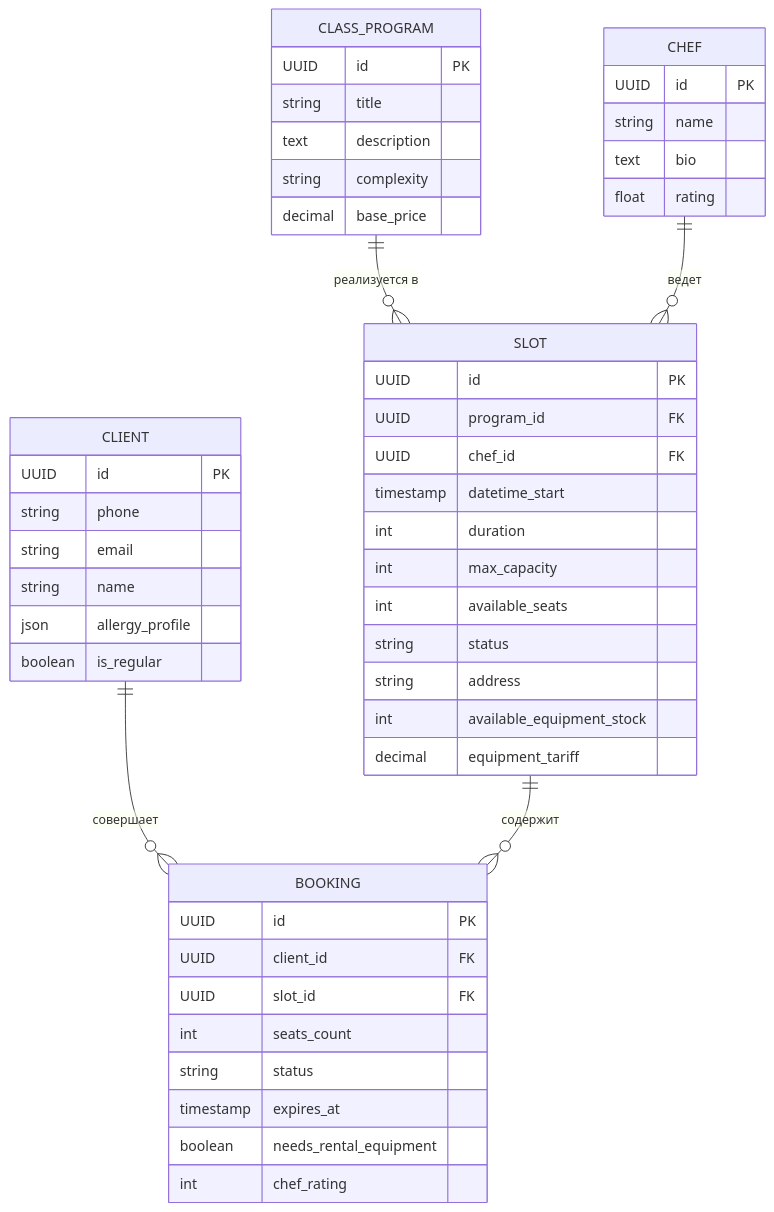
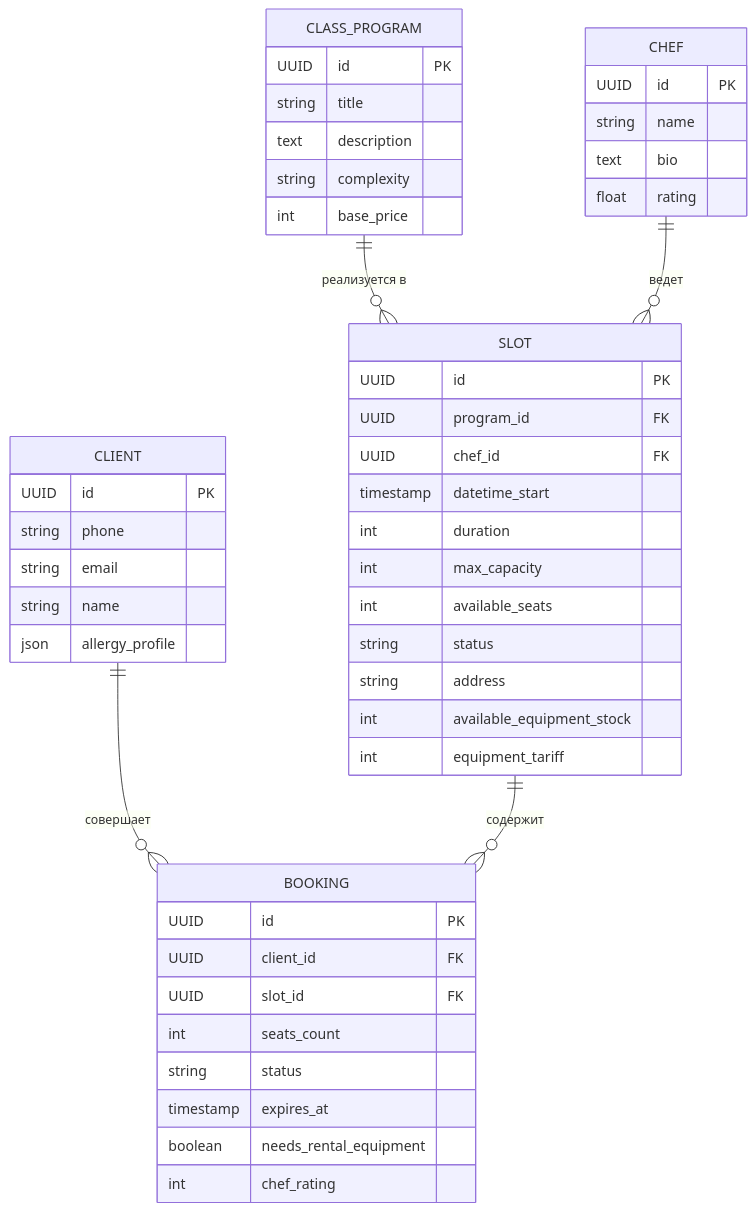
The diagram in analysis/4-design/er-model.md (daniilShestopalov/Surf_school-brief-cooking.md-), drawn with Mermaid before and after one commit. The commit also changed other lines of this file and 8 other files, not shown here.

Commit message:
docs(analysis): fix e2e architecture alignment gaps across specs and api

````diff
--- a/analysis/4-design/er-model.md
+++ b/analysis/4-design/er-model.md
@@ -89,56 +88,55 @@
 ```mermaid
 erDiagram
     CLIENT ||--o{ BOOKING : "совершает"
     SLOT ||--o{ BOOKING : "содержит"
     CLASS_PROGRAM ||--o{ SLOT : "реализуется в"
     CHEF ||--o{ SLOT : "ведет"
 
     CLIENT {
         UUID id PK
         string phone
         string email
         string name
         json allergy_profile
-        boolean is_regular
     }
 
     CLASS_PROGRAM {
         UUID id PK
         string title
         text description
         string complexity
-        decimal base_price
+        int base_price
     }
 
     CHEF {
         UUID id PK
         string name
         text bio
         float rating
     }
 
     SLOT {
         UUID id PK
         UUID program_id FK
         UUID chef_id FK
         timestamp datetime_start
         int duration
         int max_capacity
         int available_seats
         string status
         string address
         int available_equipment_stock
-        decimal equipment_tariff
+        int equipment_tariff
     }
 
     BOOKING {
         UUID id PK
         UUID client_id FK
         UUID slot_id FK
         int seats_count
         string status
         timestamp expires_at
         boolean needs_rental_equipment
         int chef_rating
     }
 ```
````
